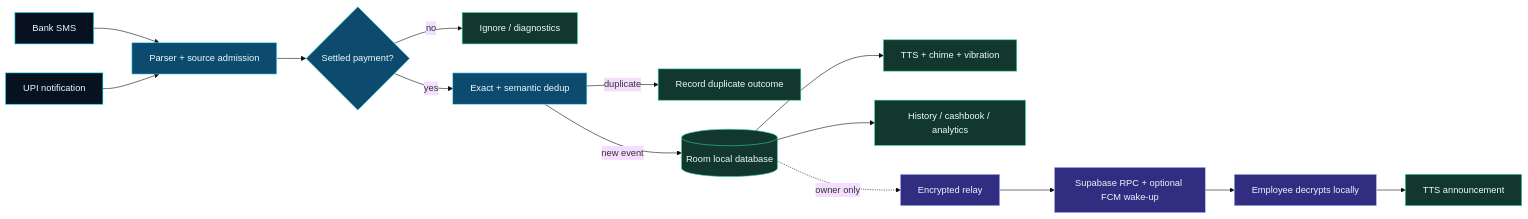
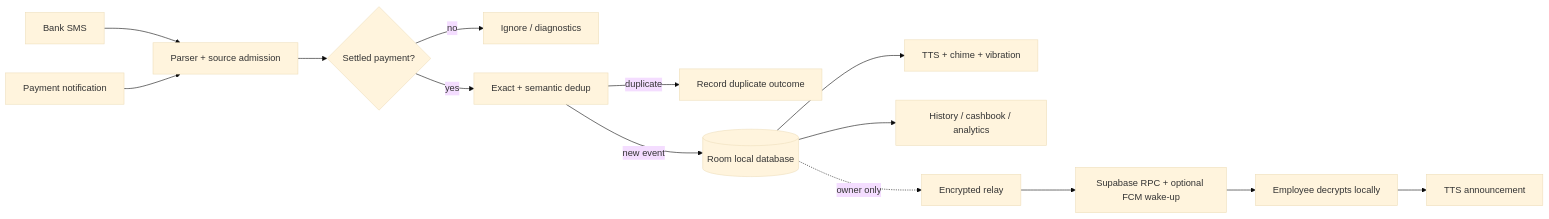
One commit to Vivekray898/payalert changed the diagram in README.md. Above: the diagram before and after it, drawn with Mermaid (base theme). The commit also changed other lines of this file, not shown here.

````diff
--- a/README.md
+++ b/README.md
@@ -145,25 +33,16 @@
 ```mermaid
 flowchart LR
     A[Bank SMS] --> P[Parser + source admission]
-    B[UPI notification] --> P
+    B[Payment notification] --> P
     P --> F{Settled payment?}
     F -- no --> X[Ignore / diagnostics]
     F -- yes --> D[Exact + semantic dedup]
     D -- duplicate --> Y[Record duplicate outcome]
     D -- new event --> R[(Room local database)]
     R --> T[TTS + chime + vibration]
     R --> H[History / cashbook / analytics]
     R -. owner only .-> E[Encrypted relay]
     E --> C[Supabase RPC + optional FCM wake-up]
     C --> W[Employee decrypts locally]
     W --> T2[TTS announcement]
-
-    classDef input fill:#07111f,stroke:#00d4ff,color:#e6fffb;
-    classDef core fill:#0c4a6e,stroke:#67e8f9,color:#f0fdff;
-    classDef local fill:#12372f,stroke:#34d399,color:#ecfdf5;
-    classDef remote fill:#312e81,stroke:#a5b4fc,color:#eef2ff;
-    class A,B input;
-    class P,F,D core;
-    class R,T,H,X,Y,T2 local;
-    class E,C,W remote;
 ```
````
